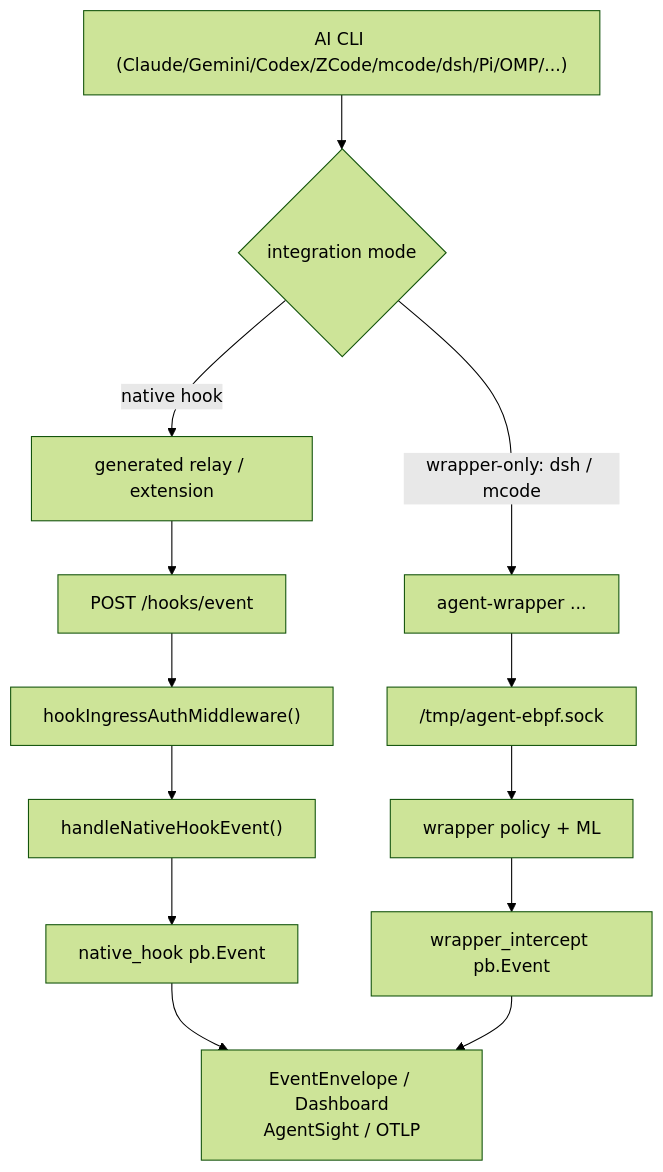
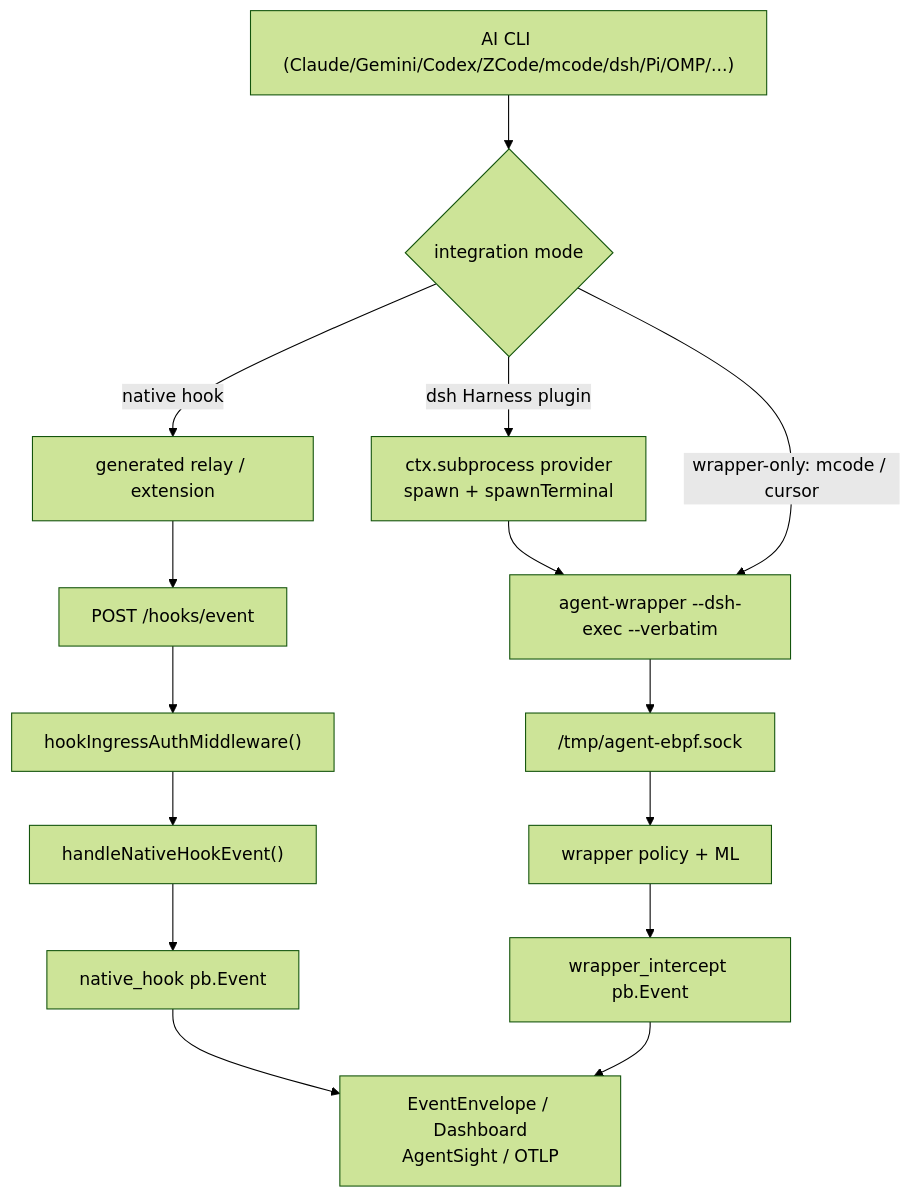
Before and after one commit to stevessr/agent-ebpf-filter: the diagram in docs/integrations/native-hooks.md, drawn with Mermaid (forest theme). The commit also changed other lines of this file, not shown here.

Commit message:
docs(dsh): describe subprocess provider and Inspector capture

````diff
--- a/docs/integrations/native-hooks.md
+++ b/docs/integrations/native-hooks.md
@@ -9,17 +9,19 @@
 ```mermaid
 flowchart TD
     CLI["AI CLI (Claude/Gemini/Codex/ZCode/mcode/dsh/Pi/OMP/...)"] --> Mode{"integration mode"}
     Mode -->|native hook| Relay["generated relay / extension"]
     Relay --> Curl["POST /hooks/event"]
     Curl --> Auth["hookIngressAuthMiddleware()"]
     Auth --> Handler["handleNativeHookEvent()"]
     Handler --> NativeEvent["native_hook pb.Event"]
 
-    Mode -->|wrapper-only: dsh / mcode| Wrapper["agent-wrapper <cli> ..."]
+    Mode -->|dsh Harness plugin| DshPlugin["ctx.subprocess provider<br/>spawn + spawnTerminal"]
+    DshPlugin --> Wrapper["agent-wrapper --dsh-exec --verbatim"]
+    Mode -->|wrapper-only: mcode / cursor| Wrapper
     Wrapper --> UDS["/tmp/agent-ebpf.sock"]
     UDS --> Policy["wrapper policy + ML"]
     Policy --> WrapperEvent["wrapper_intercept pb.Event"]
 
     NativeEvent --> Sinks["EventEnvelope / Dashboard<br/>AgentSight / OTLP"]
     WrapperEvent --> Sinks
 ```
````
